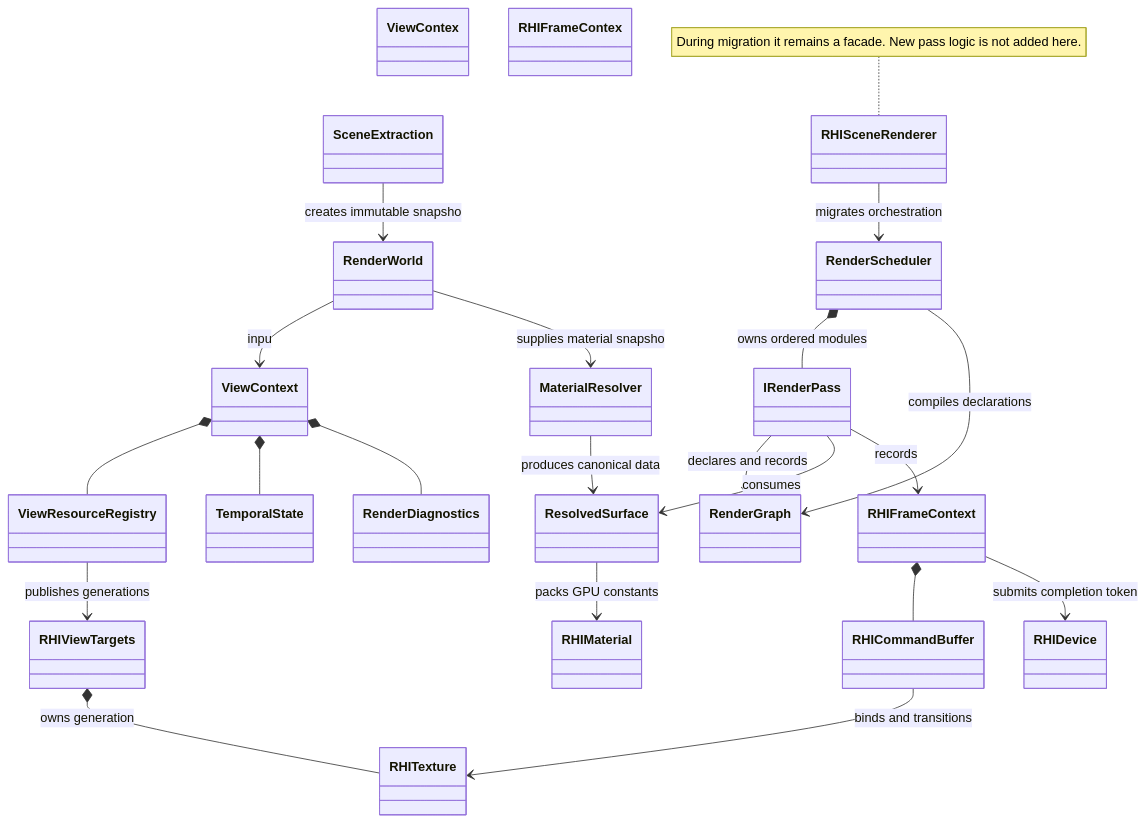
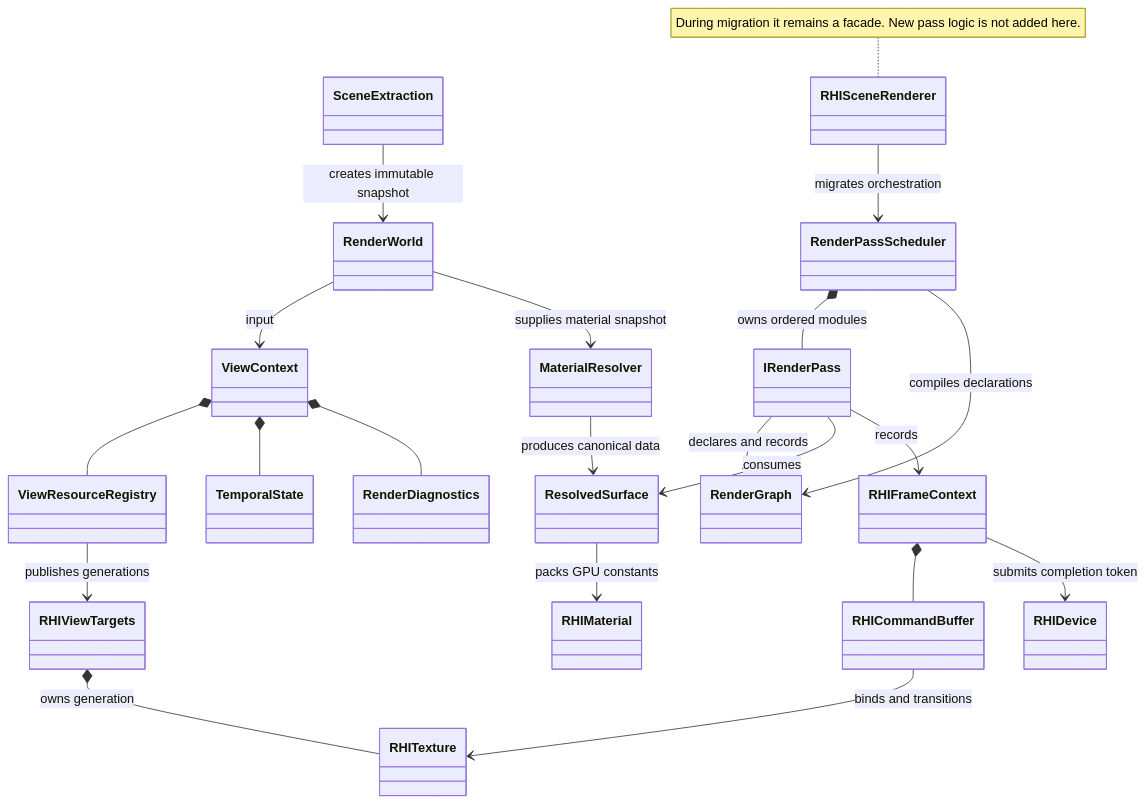
One commit to nguyenphong0210/AxleEngine changed the second of 5 diagrams in docs/milestones/MILESTONE_14_RENDER_ARCHITECTURE/ARCHITECTURE.md. Above: the diagram before and after it, drawn with Mermaid. The commit also changed other lines of this file and 9 other files, not shown here.

````diff
--- a/docs/milestones/MILESTONE_14_RENDER_ARCHITECTURE/ARCHITECTURE.md
+++ b/docs/milestones/MILESTONE_14_RENDER_ARCHITECTURE/ARCHITECTURE.md
@@ -84,43 +84,43 @@
 ```mermaid
 classDiagram
     class SceneExtraction
     class RenderWorld
     class RHISceneRenderer
-    class ViewContex
-    class RenderScheduler
+    class ViewContext
+    class RenderPassScheduler
     class IRenderPass
     class MaterialResolver
     class ResolvedSurface
     class ViewResourceRegistry
     class RenderGraph
     class TemporalState
     class RenderDiagnostics
-    class RHIFrameContex
+    class RHIFrameContext
     class RHICommandBuffer
     class RHIDevice
     class RHIViewTargets
     class RHITexture
     class RHIMaterial
 
-    SceneExtraction --> RenderWorld : creates immutable snapsho
-    RenderWorld --> ViewContext : inpu
-    RHISceneRenderer --> RenderScheduler : migrates orchestration
-    RenderScheduler *-- IRenderPass : owns ordered modules
+    SceneExtraction --> RenderWorld : creates immutable snapshot
+    RenderWorld --> ViewContext : input
+    RHISceneRenderer --> RenderPassScheduler : migrates orchestration
+    RenderPassScheduler *-- IRenderPass : owns ordered modules
     ViewContext *-- ViewResourceRegistry
     ViewContext *-- TemporalState
     ViewContext *-- RenderDiagnostics
     ViewResourceRegistry --> RHIViewTargets : publishes generations
-    RenderScheduler --> RenderGraph : compiles declarations
+    RenderPassScheduler --> RenderGraph : compiles declarations
     IRenderPass --> RenderGraph : declares and records
     MaterialResolver --> ResolvedSurface : produces canonical data
-    RenderWorld --> MaterialResolver : supplies material snapsho
+    RenderWorld --> MaterialResolver : supplies material snapshot
     ResolvedSurface --> RHIMaterial : packs GPU constants
     IRenderPass --> ResolvedSurface : consumes
     IRenderPass --> RHIFrameContext : records
     RHIFrameContext *-- RHICommandBuffer
     RHIFrameContext --> RHIDevice : submits completion token
     RHICommandBuffer --> RHITexture : binds and transitions
     RHIViewTargets *-- RHITexture : owns generation
 
     note for RHISceneRenderer "During migration it remains a facade. New pass logic is not added here."
 ```
````
